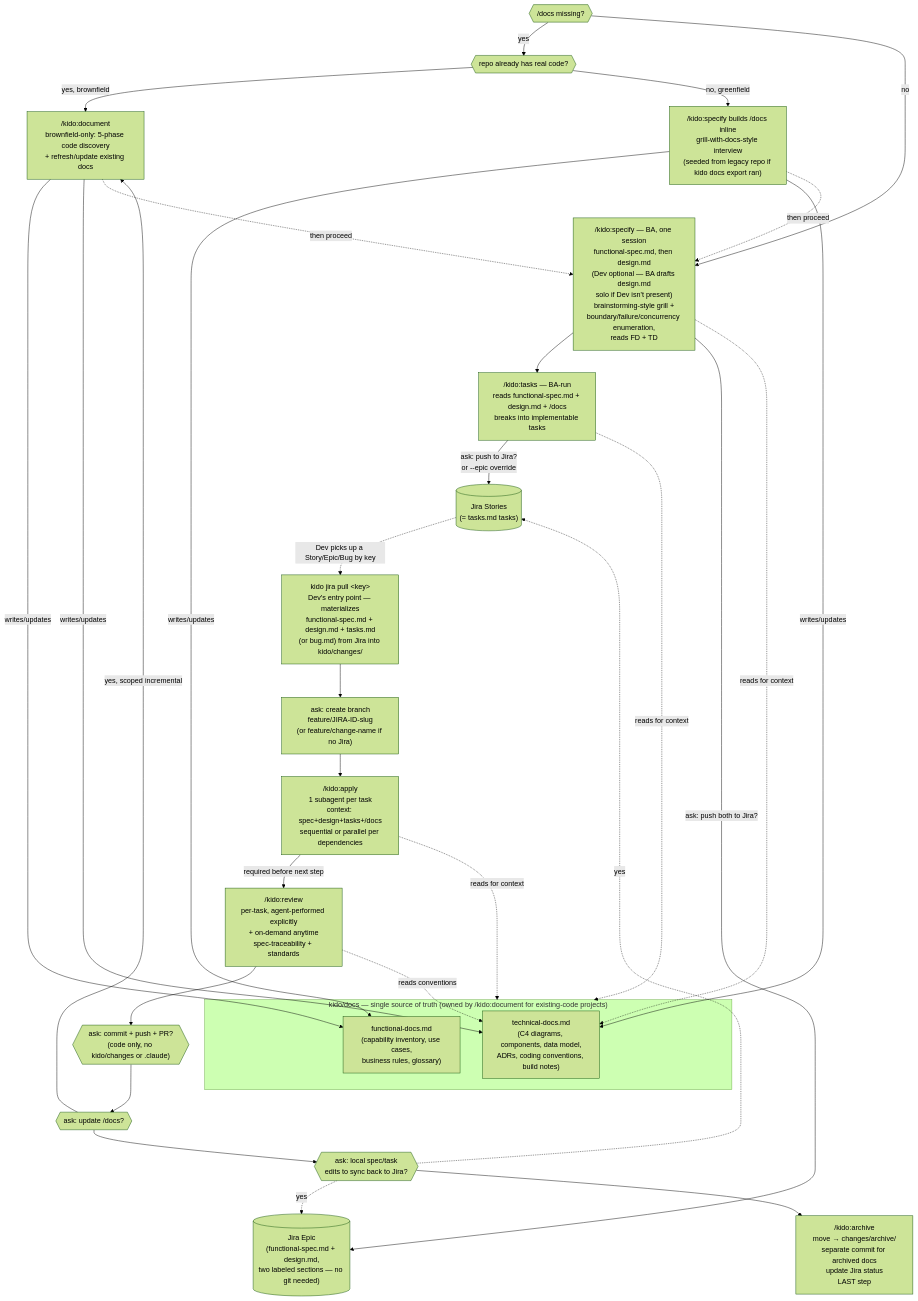
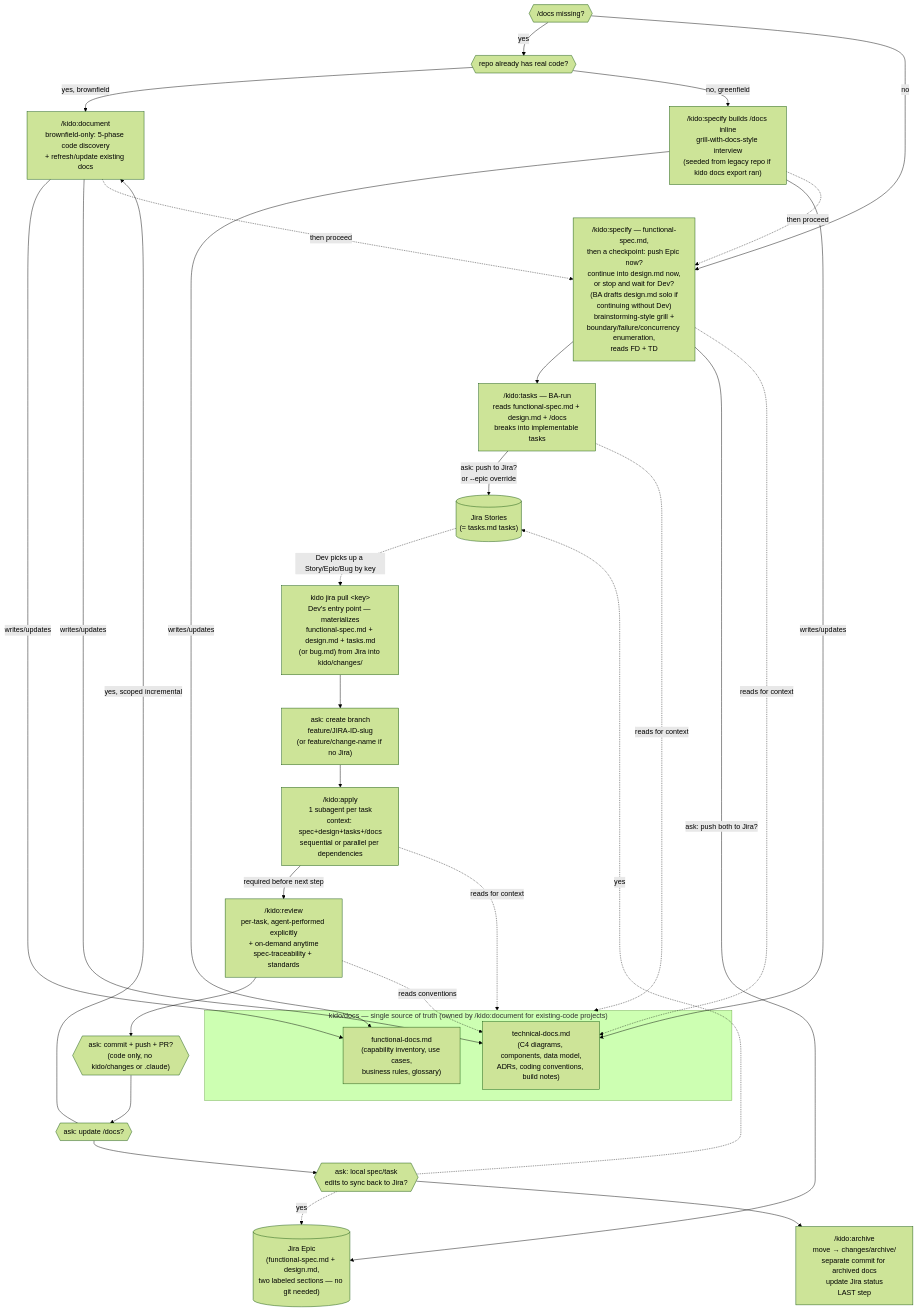
The diagram in DESIGN.md (moezRebai/Kido-kit), drawn with Mermaid (forest theme) before and after one commit. The commit also changed other lines of this file and 7 other files, not shown here.

````diff
--- a/DESIGN.md
+++ b/DESIGN.md
@@ -131,66 +131,66 @@
 ```mermaid
 flowchart TD
     subgraph KB["kido/docs — single source of truth (owned by /kido:document for existing-code projects)"]
         FD["functional-docs.md<br/>(capability inventory, use cases,<br/>business rules, glossary)"]
         TD["technical-docs.md<br/>(C4 diagrams, components, data model,<br/>ADRs, coding conventions, build notes)"]
     end
 
     DOCUMENT["/kido:document<br/>brownfield-only: 5-phase code discovery<br/>+ refresh/update existing docs"]
     DOCUMENT -->|writes/updates| FD
     DOCUMENT -->|writes/updates| TD
 
     NODOCS{{"/docs missing?"}}
     HASCODE{{"repo already has real code?"}}
     NODOCS -->|yes| HASCODE
     HASCODE -->|yes, brownfield| DOCUMENT
 
     SPECIFYDOCS["/kido:specify builds /docs inline<br/>grill-with-docs-style interview<br/>(seeded from legacy repo if kido docs export ran)"]
     HASCODE -->|no, greenfield| SPECIFYDOCS
     SPECIFYDOCS -->|writes/updates| FD
     SPECIFYDOCS -->|writes/updates| TD
 
-    SPECIFY["/kido:specify — BA, one session<br/>functional-spec.md, then design.md<br/>(Dev optional — BA drafts design.md<br/>solo if Dev isn't present)<br/>brainstorming-style grill +<br/>boundary/failure/concurrency enumeration,<br/>reads FD + TD"]
+    SPECIFY["/kido:specify — functional-spec.md,<br/>then a checkpoint: push Epic now?<br/>continue into design.md now,<br/>or stop and wait for Dev?<br/>(BA drafts design.md solo if<br/>continuing without Dev)<br/>brainstorming-style grill +<br/>boundary/failure/concurrency enumeration,<br/>reads FD + TD"]
     TASKS["/kido:tasks — BA-run<br/>reads functional-spec.md + design.md + /docs<br/>breaks into implementable tasks"]
 
     NODOCS -->|no| SPECIFY
     DOCUMENT -.->|then proceed| SPECIFY
     SPECIFYDOCS -.->|then proceed| SPECIFY
     SPECIFY --> TASKS
 
     JIRA_E[("Jira Epic<br/>(functional-spec.md + design.md,<br/>two labeled sections — no git needed)")]
     JIRA_S[("Jira Stories<br/>(= tasks.md tasks)")]
     SPECIFY -->|ask: push both to Jira?| JIRA_E
     TASKS -->|ask: push to Jira?<br/>or --epic override| JIRA_S
 
     PULL["kido jira pull &lt;key&gt;<br/>Dev's entry point — materializes<br/>functional-spec.md + design.md + tasks.md<br/>(or bug.md) from Jira into kido/changes/"]
     JIRA_S -.->|Dev picks up a Story/Epic/Bug by key| PULL
 
     BRANCH["ask: create branch<br/>feature/JIRA-ID-slug<br/>(or feature/change-name if no Jira)"]
     PULL --> BRANCH
 
     APPLY["/kido:apply<br/>1 subagent per task<br/>context: spec+design+tasks+/docs<br/>sequential or parallel per dependencies"]
     BRANCH --> APPLY
 
     REVIEW["/kido:review<br/>per-task, agent-performed explicitly<br/>+ on-demand anytime<br/>spec-traceability + standards"]
     APPLY -->|required before next step| REVIEW
 
     ASKCOMMIT{{"ask: commit + push + PR?<br/>(code only, no kido/changes or .claude)"}}
     REVIEW --> ASKCOMMIT
 
     ASKDOCS{{"ask: update /docs?"}}
     ASKCOMMIT --> ASKDOCS
     ASKDOCS -->|yes, scoped incremental| DOCUMENT
 
     ASKSYNC{{"ask: local spec/task<br/>edits to sync back to Jira?"}}
     ASKDOCS --> ASKSYNC
     ASKSYNC -.->|yes| JIRA_E
     ASKSYNC -.->|yes| JIRA_S
 
     ARCHIVE["/kido:archive<br/>move → changes/archive/<br/>separate commit for archived docs<br/>update Jira status<br/>LAST step"]
     ASKSYNC --> ARCHIVE
 
     SPECIFY -.->|reads for context| TD
     TASKS -.->|reads for context| KB
     APPLY -.->|reads for context| KB
     REVIEW -.->|reads conventions| TD
 ```
````
